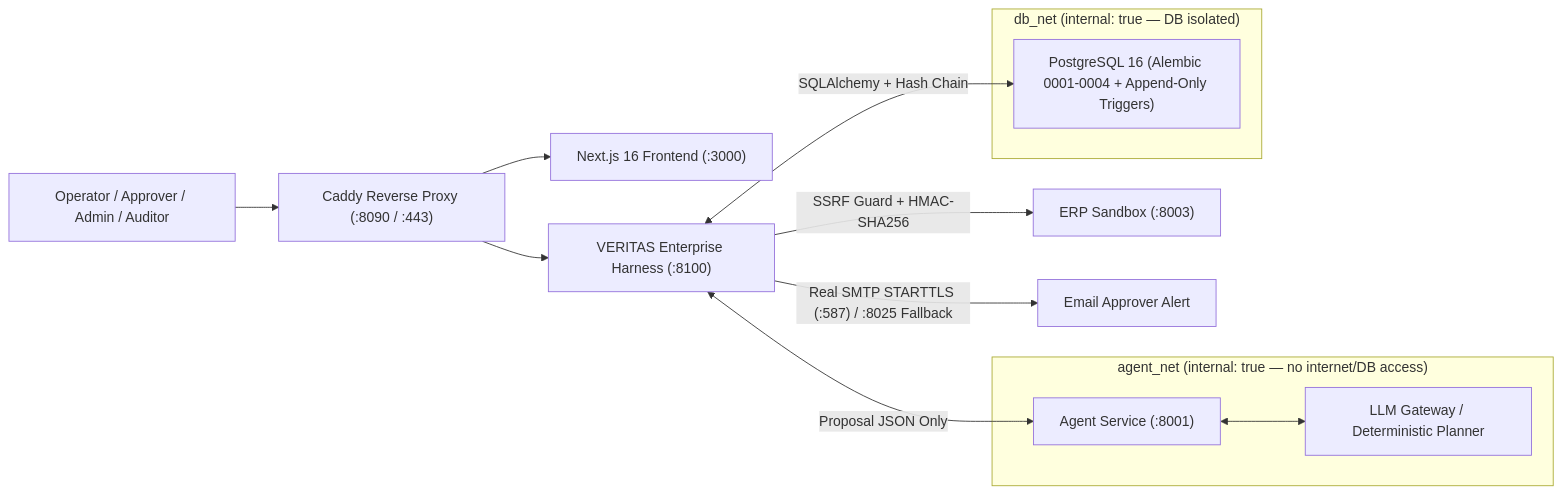
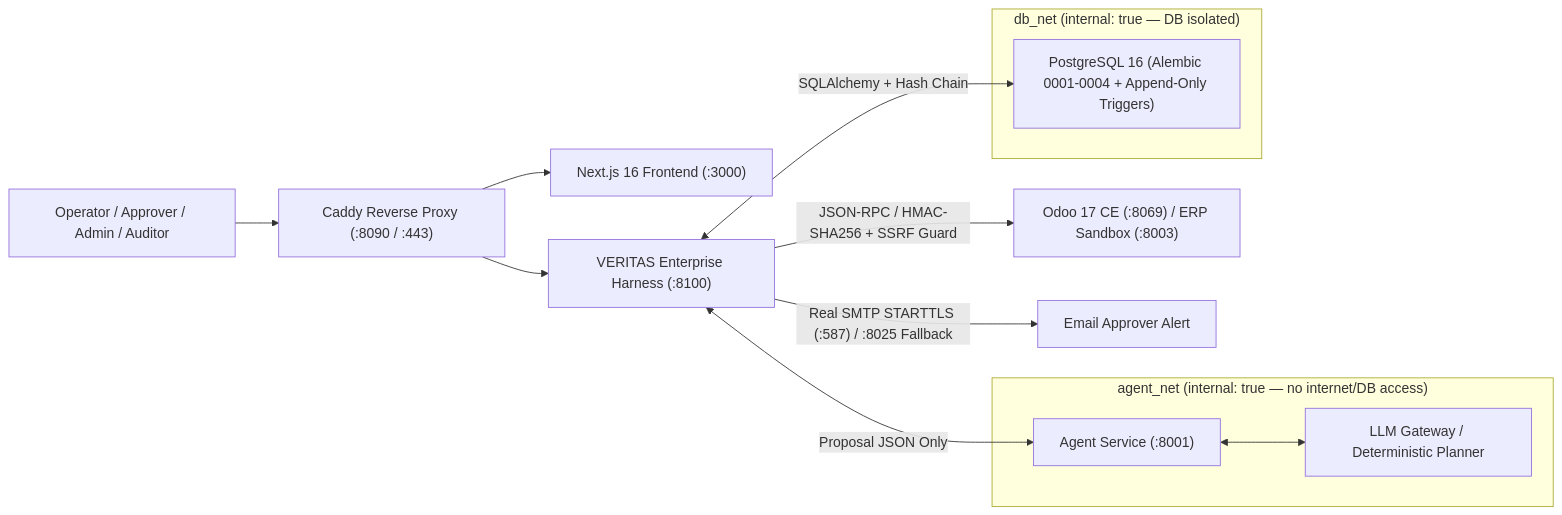
Before and after one commit to ArrafiNurHafiz/Veritas-Ai: the diagram in README.md, drawn with Mermaid. The commit also changed other lines of this file, not shown here.

Commit message:
docs: update README with Odoo 17 CE setup, conditional sandboxes, and current repo layout

````diff
--- a/README.md
+++ b/README.md
@@ -41,21 +41,21 @@
 ```mermaid
 flowchart LR
     User["Operator / Approver / Admin / Auditor"] --> Caddy["Caddy Reverse Proxy (:8090 / :443)"]
     Caddy --> Web["Next.js 16 Frontend (:3000)"]
     Caddy --> Harness["VERITAS Enterprise Harness (:8100)"]
 
     subgraph agent_net ["agent_net (internal: true — no internet/DB access)"]
         Agent["Agent Service (:8001)"]
         LLM["LLM Gateway / Deterministic Planner"]
         Agent <--> LLM
     end
 
     subgraph db_net ["db_net (internal: true — DB isolated)"]
         PG["PostgreSQL 16 (Alembic 0001-0004 + Append-Only Triggers)"]
     end
 
     Harness <-->|"Proposal JSON Only"| Agent
     Harness <-->|"SQLAlchemy + Hash Chain"| PG
-    Harness -->|"SSRF Guard + HMAC-SHA256"| ERP["ERP Sandbox (:8003)"]
+    Harness -->|"JSON-RPC / HMAC-SHA256 + SSRF Guard"| ERP["Odoo 17 CE (:8069) / ERP Sandbox (:8003)"]
     Harness -->|"Real SMTP STARTTLS (:587) / :8025 Fallback"| Mail["Email Approver Alert"]
 ```
````
